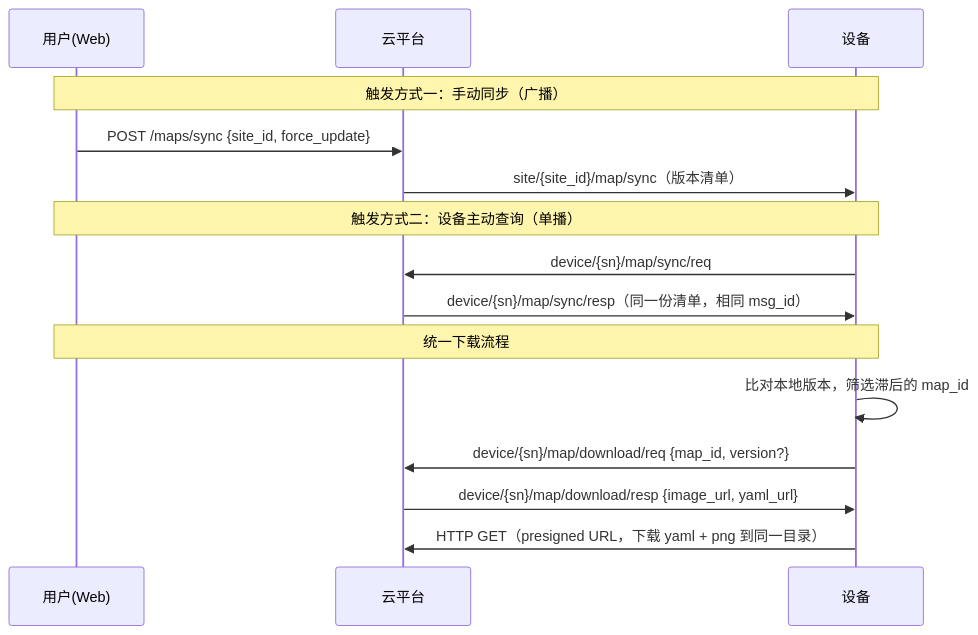
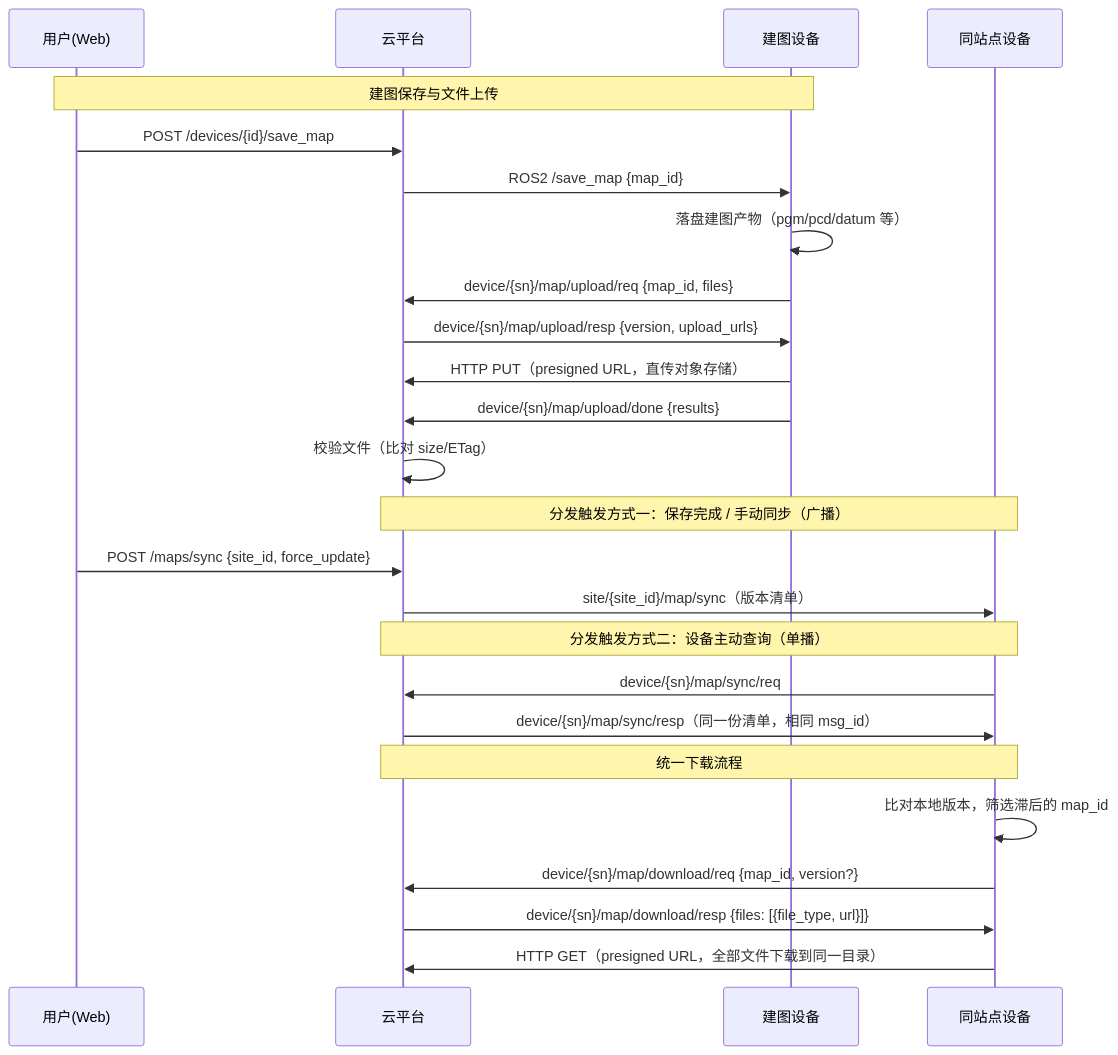
Before and after one commit to ruidutech/ruidu-docs: the diagram in orbitcontrol/tech-spec/api/map.md, drawn with Mermaid. The commit also changed other lines of this file and 1 other file, not shown here.

Commit message:
地图的上传下载

````diff
--- a/orbitcontrol/tech-spec/api/map.md
+++ b/orbitcontrol/tech-spec/api/map.md
@@ -11,20 +13,31 @@
 ```mermaid
 sequenceDiagram
     participant U as 用户(Web)
     participant C as 云平台
-    participant D as 设备
+    participant D as 建图设备
+    participant O as 同站点设备
 
-    Note over U,D: 触发方式一：手动同步（广播）
+    Note over U,D: 建图保存与文件上传
+    U->>C: POST /devices/{id}/save_map
+    C->>D: ROS2 /save_map {map_id}
+    D->>D: 落盘建图产物（pgm/pcd/datum 等）
+    D->>C: device/{sn}/map/upload/req {map_id, files}
+    C->>D: device/{sn}/map/upload/resp {version, upload_urls}
+    D->>C: HTTP PUT（presigned URL，直传对象存储）
+    D->>C: device/{sn}/map/upload/done {results}
+    C->>C: 校验文件（比对 size/ETag）
+
+    Note over C,O: 分发触发方式一：保存完成 / 手动同步（广播）
     U->>C: POST /maps/sync {site_id, force_update}
-    C->>D: site/{site_id}/map/sync（版本清单）
+    C->>O: site/{site_id}/map/sync（版本清单）
 
-    Note over U,D: 触发方式二：设备主动查询（单播）
-    D->>C: device/{sn}/map/sync/req
-    C->>D: device/{sn}/map/sync/resp（同一份清单，相同 msg_id）
+    Note over C,O: 分发触发方式二：设备主动查询（单播）
+    O->>C: device/{sn}/map/sync/req
+    C->>O: device/{sn}/map/sync/resp（同一份清单，相同 msg_id）
 
-    Note over U,D: 统一下载流程
-    D->>D: 比对本地版本，筛选滞后的 map_id
-    D->>C: device/{sn}/map/download/req {map_id, version?}
-    C->>D: device/{sn}/map/download/resp {image_url, yaml_url}
-    D->>C: HTTP GET（presigned URL，下载 yaml + png 到同一目录）
+    Note over C,O: 统一下载流程
+    O->>O: 比对本地版本，筛选滞后的 map_id
+    O->>C: device/{sn}/map/download/req {map_id, version?}
+    C->>O: device/{sn}/map/download/resp {files: [{file_type, url}]}
+    O->>C: HTTP GET（presigned URL，全部文件下载到同一目录）
 ```
````
